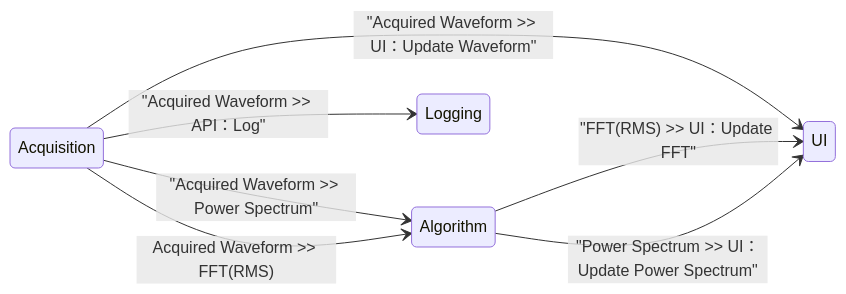
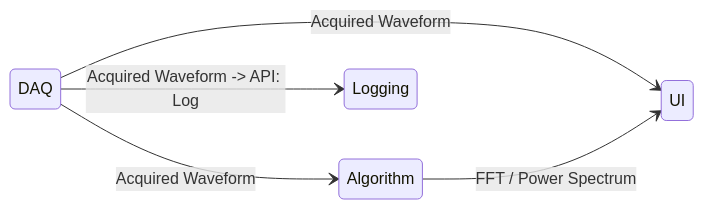
Before and after one commit to NEVSTOP-LAB/CSM-Continuous-Meausrement-and-Logging: the diagram in README(CN).md, drawn with Mermaid. The commit also changed other lines of this file and 22 other files, not shown here.

````diff
--- a/README(CN).md
+++ b/README(CN).md
@@ -84,10 +29,8 @@
-``` mermaid
+```mermaid
 stateDiagram-v2
 direction LR
-Acquisition --> Algorithm : "Acquired Waveform >> Power Spectrum"
-Acquisition --> Algorithm : Acquired Waveform >> FFT(RMS)
-Acquisition --> Logging  : "Acquired Waveform >> API：Log"
-Acquisition --> UI : "Acquired Waveform >> UI：Update Waveform"
-Algorithm --> UI : "FFT(RMS) >> UI：Update FFT"
-Algorithm --> UI : "Power Spectrum >> UI：Update Power Spectrum"
+DAQ --> Algorithm : Acquired Waveform
+DAQ --> Logging : Acquired Waveform -> API: Log
+DAQ --> UI : Acquired Waveform
+Algorithm --> UI : FFT / Power Spectrum
 ```
````
